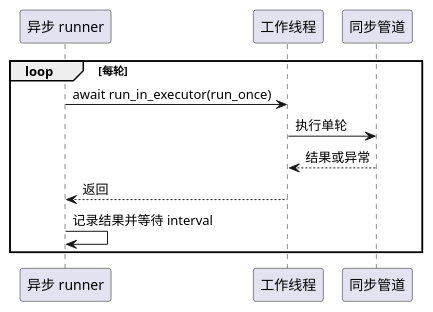
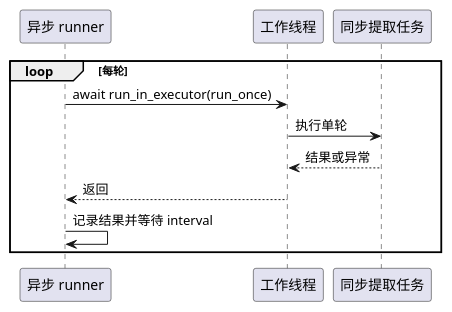
Before and after one commit to yf990848-droid/experience: the fourth of 15 diagrams in docs/调测轨迹经验提取设计文档.md, drawn with PlantUML. The commit also changed other lines of this file, not shown here.

Commit message:
docs: 简化设计文档用词并统一业务模块流程图

````diff
--- a/docs/调测轨迹经验提取设计文档.md
+++ b/docs/调测轨迹经验提取设计文档.md
@@ -218,14 +214,14 @@
 ```plantuml
 @startuml
 participant "异步 runner" as R
 participant "工作线程" as W
-participant "同步管道" as P
+participant "同步提取任务" as P
 loop 每轮
   R -> W : await run_in_executor(run_once)
   W -> P : 执行单轮
   P --> W : 结果或异常
   W --> R : 返回
   R -> R : 记录结果并等待 interval
 end
 @enduml
 ```
````
